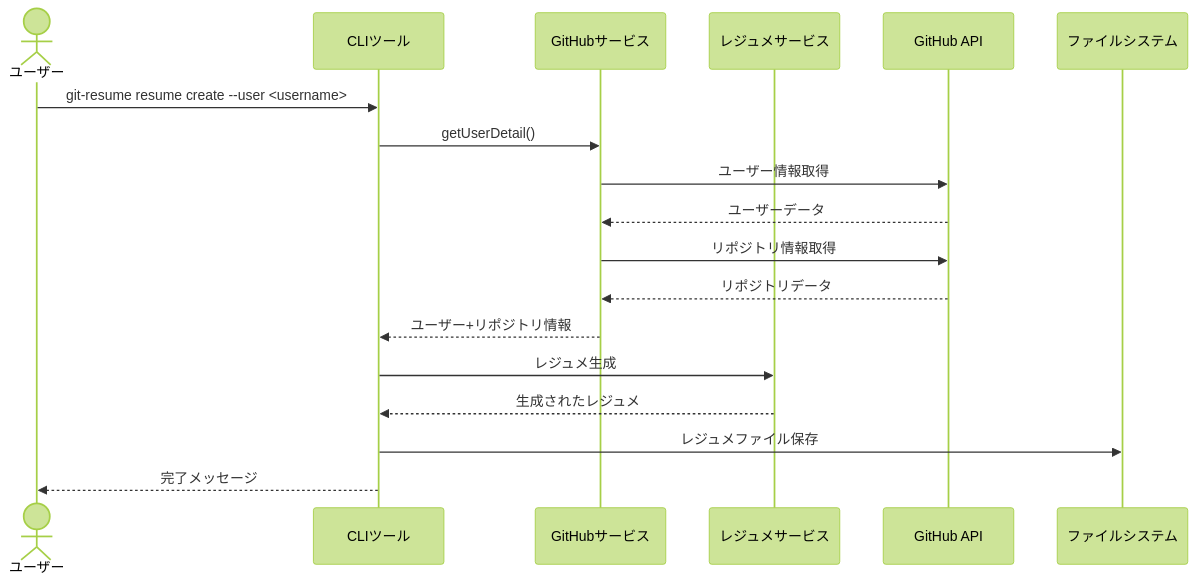
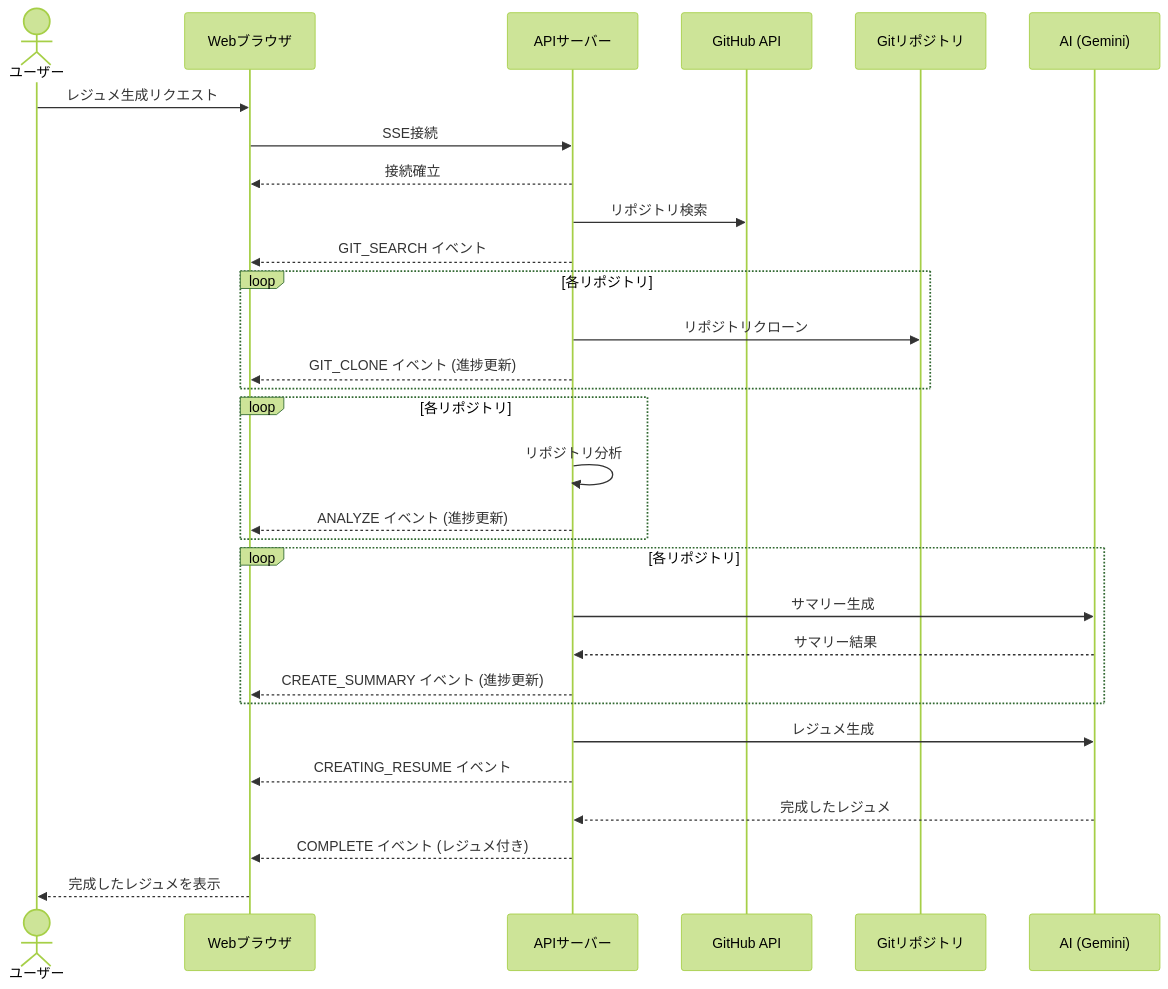
The third of 3 diagrams in docs/architecture/overview.md (ToyB0x/git-resume), drawn with Mermaid (forest theme) before and after one commit. The commit also changed other lines of this file and 6 other files, not shown here.

````diff
--- a/docs/architecture/overview.md
+++ b/docs/architecture/overview.md
@@ -84,21 +90,40 @@
 ```mermaid
 sequenceDiagram
     actor User as ユーザー
-    participant CLI as CLIツール
-    participant GithubSvc as GitHubサービス
-    participant ResumeSvc as レジュメサービス
+    participant Web as Webブラウザ
+    participant API as APIサーバー
     participant GitHub as GitHub API
-    participant FS as ファイルシステム
+    participant Git as Gitリポジトリ
+    participant AI as AI (Gemini)
     
-    User->>CLI: git-resume resume create --user <username>
-    CLI->>GithubSvc: getUserDetail()
-    GithubSvc->>GitHub: ユーザー情報取得
-    GitHub-->>GithubSvc: ユーザーデータ
-    GithubSvc->>GitHub: リポジトリ情報取得
-    GitHub-->>GithubSvc: リポジトリデータ
-    GithubSvc-->>CLI: ユーザー+リポジトリ情報
-    CLI->>ResumeSvc: レジュメ生成
-    ResumeSvc-->>CLI: 生成されたレジュメ
-    CLI->>FS: レジュメファイル保存
-    CLI-->>User: 完了メッセージ
+    User->>Web: レジュメ生成リクエスト
+    Web->>API: SSE接続
+    API-->>Web: 接続確立
+    
+    API->>GitHub: リポジトリ検索
+    API-->>Web: GIT_SEARCH イベント
+    
+    loop 各リポジトリ
+        API->>Git: リポジトリクローン
+        API-->>Web: GIT_CLONE イベント (進捗更新)
+    end
+    
+    loop 各リポジトリ
+        API->>API: リポジトリ分析
+        API-->>Web: ANALYZE イベント (進捗更新)
+    end
+    
+    loop 各リポジトリ
+        API->>AI: サマリー生成
+        AI-->>API: サマリー結果
+        API-->>Web: CREATE_SUMMARY イベント (進捗更新)
+    end
+    
+    API->>AI: レジュメ生成
+    API-->>Web: CREATING_RESUME イベント
+    
+    AI-->>API: 完成したレジュメ
+    API-->>Web: COMPLETE イベント (レジュメ付き)
+    
+    Web-->>User: 完成したレジュメを表示
 ```
````
